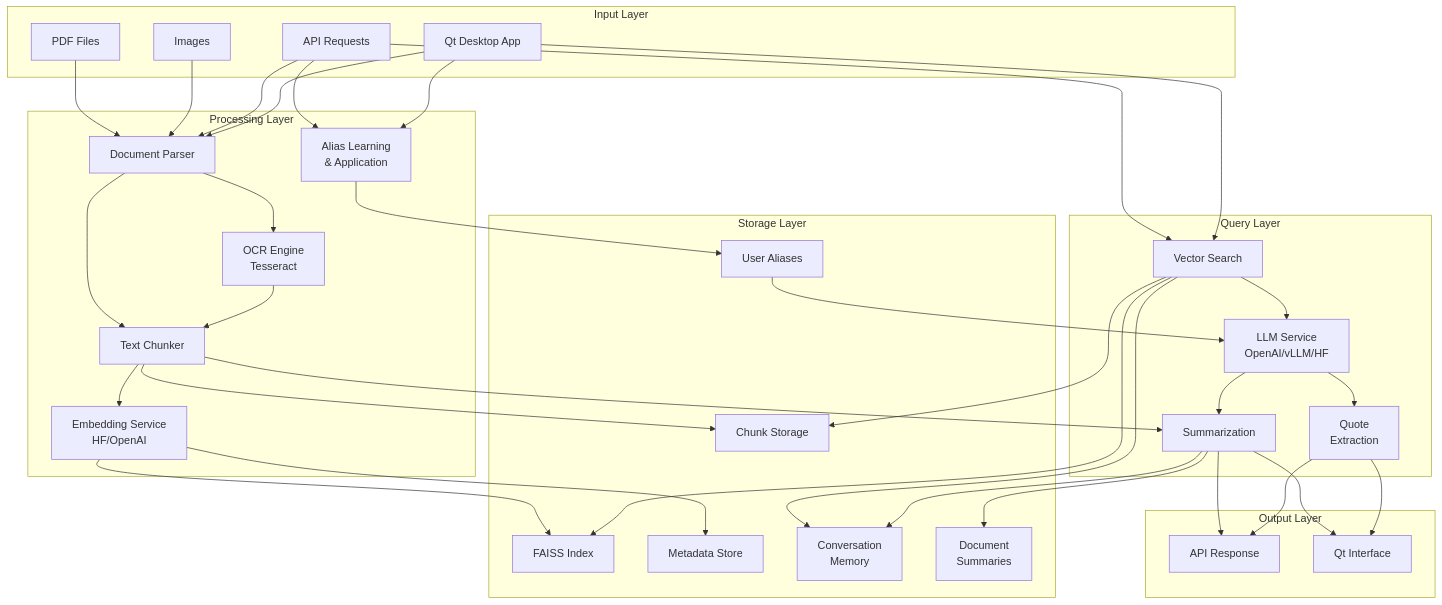
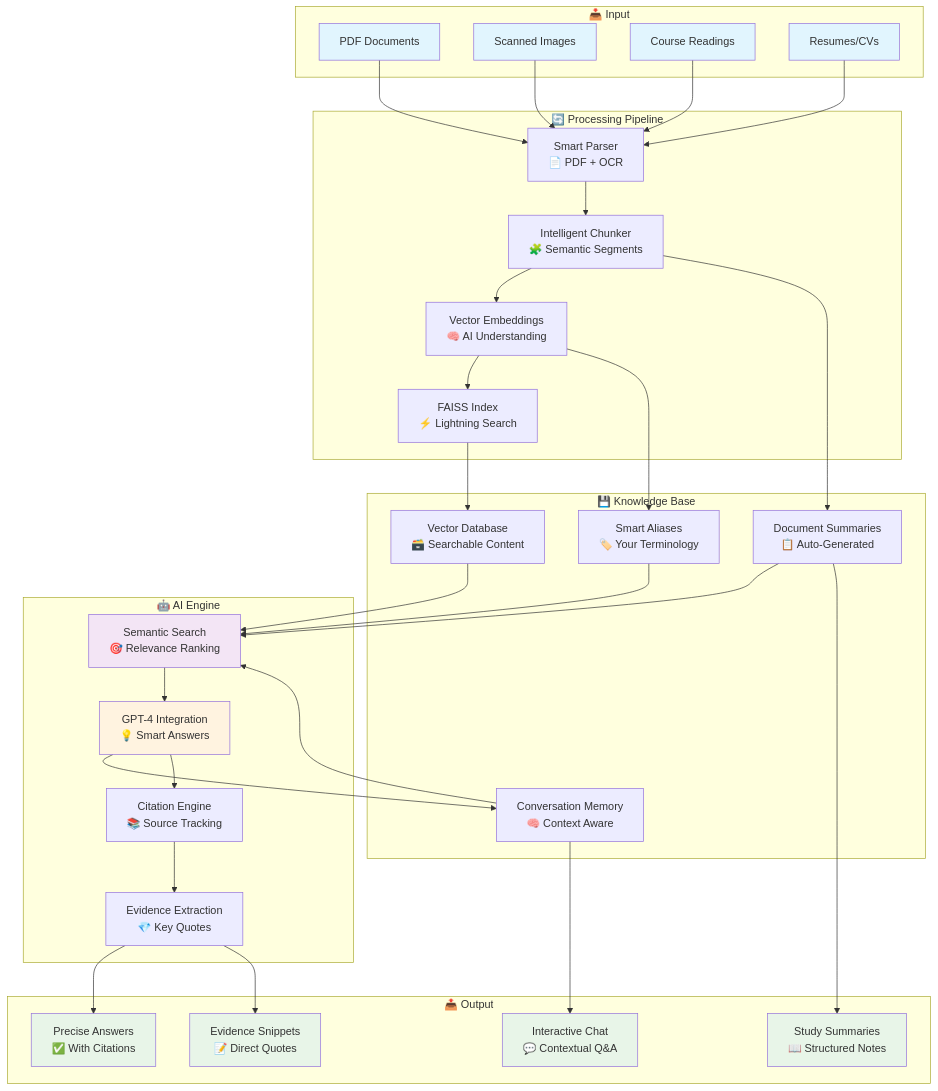
Before and after one commit to Duncanyu/anagnosis: the diagram in README.md, drawn with Mermaid. The commit also changed other lines of this file, not shown here.

````diff
--- a/README.md
+++ b/README.md
@@ -20,75 +26,76 @@
 ```mermaid
 graph TB
-    subgraph "Input Layer"
-        PDF[PDF Files]
-        IMG[Images]
-        API_REQ[API Requests]
-        QT_APP[Qt Desktop App]
+    subgraph "📥 Input"
+        A[PDF Documents]
+        B[Scanned Images]
+        C[Course Readings]
+        D[Resumes/CVs]
     end
     
-    subgraph "Processing Layer"
-        PARSE[Document Parser]
-        OCR[OCR Engine<br/>Tesseract]
-        CHUNK[Text Chunker]
-        EMBED[Embedding Service<br/>HF/OpenAI]
-        ALIAS[Alias Learning<br/>& Application]
+    subgraph "🔄 Processing Pipeline"
+        E[Smart Parser<br/>📄 PDF + OCR]
+        F[Intelligent Chunker<br/>🧩 Semantic Segments]
+        G[Vector Embeddings<br/>🧠 AI Understanding]
+        H[FAISS Index<br/>⚡ Lightning Search]
     end
     
-    subgraph "Storage Layer"
-        FAISS[FAISS Index]
-        META[Metadata Store]
-        CHUNKS[Chunk Storage]
-        MEMORY[Conversation<br/>Memory]
-        ALIASES[User Aliases]
-        DOC_SUM[Document<br/>Summaries]
+    subgraph "💾 Knowledge Base"
+        I[Vector Database<br/>🗃️ Searchable Content]
+        J[Document Summaries<br/>📋 Auto-Generated]
+        K[Conversation Memory<br/>🧠 Context Aware]
+        L[Smart Aliases<br/>🏷️ Your Terminology]
     end
     
-    subgraph "Query Layer"
-        SEARCH[Vector Search]
-        LLM[LLM Service<br/>OpenAI/vLLM/HF]
-        SUMM[Summarization]
-        QUOTES[Quote<br/>Extraction]
+    subgraph "🤖 AI Engine"
+        M[Semantic Search<br/>🎯 Relevance Ranking]
+        N[GPT-4 Integration<br/>💡 Smart Answers]
+        O[Citation Engine<br/>📚 Source Tracking]
+        P[Evidence Extraction<br/>💎 Key Quotes]
     end
     
-    subgraph "Output Layer"
-        API_RESP[API Response]
-        QT_UI[Qt Interface]
+    subgraph "📤 Output"
+        Q[Precise Answers<br/>✅ With Citations]
+        R[Evidence Snippets<br/>📝 Direct Quotes]
+        S[Study Summaries<br/>📖 Structured Notes]
+        T[Interactive Chat<br/>💬 Contextual Q&A]
     end
     
-    PDF --> PARSE
-    IMG --> PARSE
-    API_REQ --> PARSE
-    QT_APP --> PARSE
+    A --> E
+    B --> E
+    C --> E
+    D --> E
     
-    PARSE --> OCR
-    PARSE --> CHUNK
-    OCR --> CHUNK
+    E --> F
+    F --> G
+    G --> H
     
-    CHUNK --> EMBED
-    CHUNK --> SUMM
-    EMBED --> FAISS
-    EMBED --> META
-    CHUNK --> CHUNKS
-    SUMM --> DOC_SUM
+    H --> I
+    F --> J
+    N --> K
+    G --> L
     
-    API_REQ --> SEARCH
-    QT_APP --> SEARCH
-    API_REQ --> ALIAS
-    QT_APP --> ALIAS
+    I --> M
+    J --> M
+    K --> M
+    L --> M
     
-    SEARCH --> FAISS
-    SEARCH --> CHUNKS
-    SEARCH --> MEMORY
-    SEARCH --> LLM
+    M --> N
+    N --> O
+    O --> P
     
-    LLM --> SUMM
-    LLM --> QUOTES
-    ALIAS --> ALIASES
-    ALIASES --> LLM
+    P --> Q
+    P --> R
+    J --> S
+    K --> T
     
-    SUMM --> API_RESP
-    SUMM --> QT_UI
-    SUMM --> MEMORY
-    QUOTES --> API_RESP
-    QUOTES --> QT_UI
+    style A fill:#e1f5fe
+    style B fill:#e1f5fe
+    style C fill:#e1f5fe
+    style D fill:#e1f5fe
+    style Q fill:#e8f5e8
+    style R fill:#e8f5e8
+    style S fill:#e8f5e8
+    style T fill:#e8f5e8
+    style N fill:#fff3e0
+    style M fill:#f3e5f5
 ```
````
